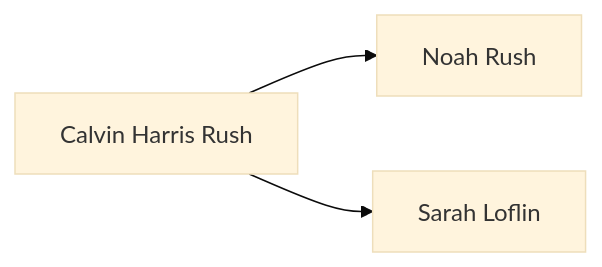
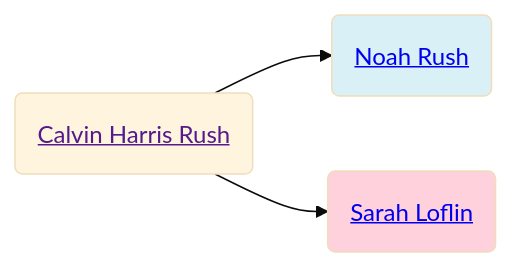
Before and after one commit to neelsmith/avocational: the first of 2 diagrams in familyhistory/sources/people/Rush-line/Calvin_Harris_Rush.qmd, drawn with Mermaid (base theme). The commit also changed other lines of this file and 71 other files, not shown here.

````diff
--- a/familyhistory/sources/people/Rush-line/Calvin_Harris_Rush.qmd
+++ b/familyhistory/sources/people/Rush-line/Calvin_Harris_Rush.qmd
@@ -28,5 +28,11 @@
 ```{mermaid}
 graph LR
-Calvin_Harris_Rush[Calvin Harris Rush] -->  Noah_Rush[Noah Rush]
-Calvin_Harris_Rush[Calvin Harris Rush]  --> Sarah_Loflin[Sarah Loflin]
+Calvin_Harris_Rush(<a href=''>Calvin Harris Rush</>) -->  Noah_Rush(<a href='./Noah_Rush.html'>Noah Rush</>)
+class Noah_Rush father
+Calvin_Harris_Rush(<a href=''>Calvin Harris Rush</>)  --> Sarah_Loflin(<a href='./../Randolph_county_lines/Loflin/Sarah_Loflin.html'>Sarah Loflin</>)
+class Sarah_Loflin mother
+classDef mother fill:#ffd1dc
+classDef father fill:#daf0f7  
+classDef marriage fill:#ffffff
+
 ```
````
